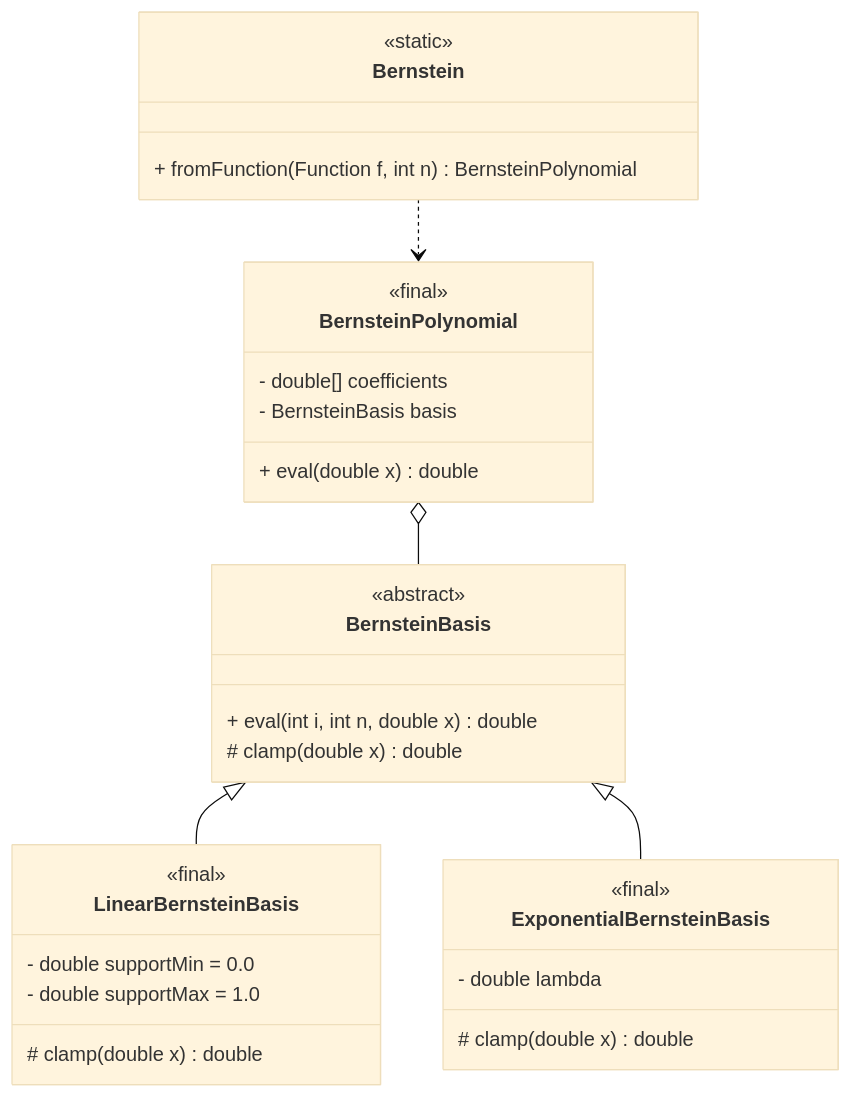
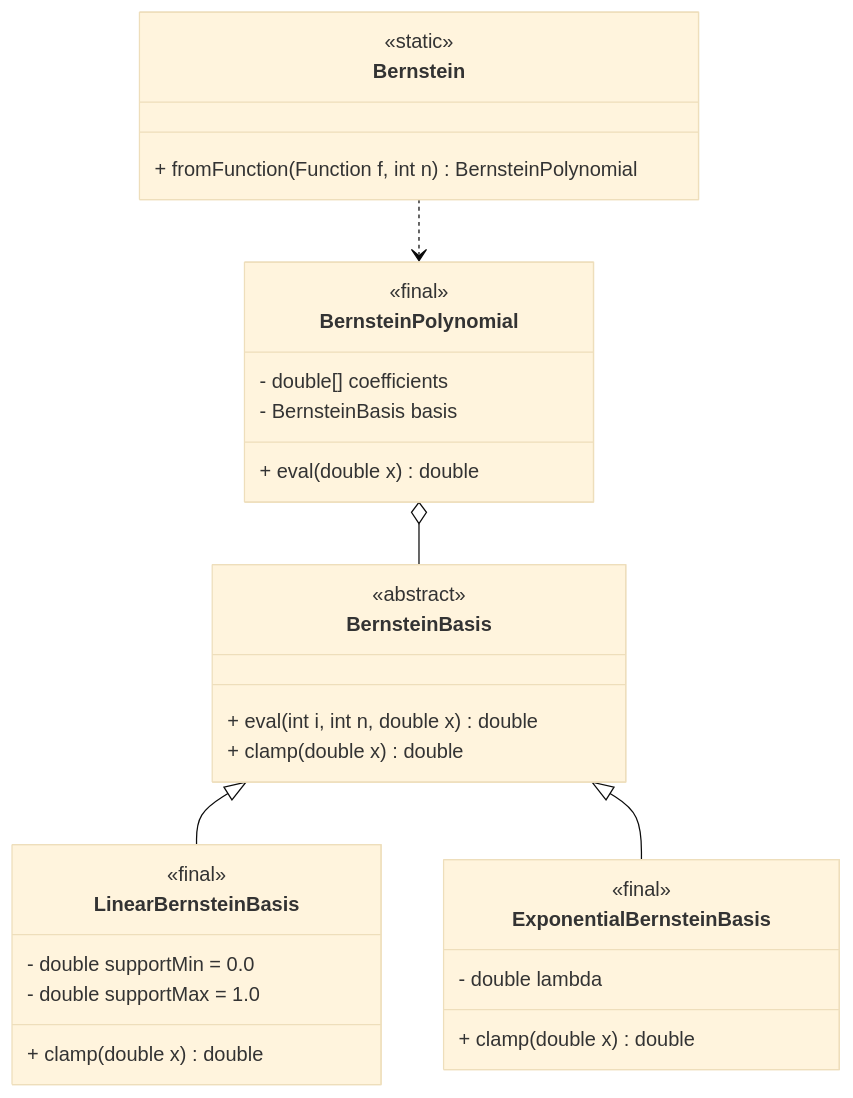
Before and after one commit to edoardosarri24/probabilistic-soft-real-time-analysis: the diagram in report/images/2-bernstein/class_diagram.mmd, drawn with Mermaid (base theme). The commit also changed 7 other files, not shown here.

```diff
--- a/report/images/2-bernstein/class_diagram.mmd
+++ b/report/images/2-bernstein/class_diagram.mmd
@@ -1,40 +1,40 @@
 
 classDiagram
 
     class Bernstein {
         <<static>>
         + fromFunction(Function f, int n) BernsteinPolynomial
     }
 
     %% Domain classes
     class BernsteinPolynomial {
         <<final>>
         - double[] coefficients
         - BernsteinBasis basis
         + eval(double x) double
     }
 
     class BernsteinBasis {
         <<abstract>>
         + eval(int i, int n, double x) double
-        # clamp(double x) double
+        + clamp(double x) double
     }
 
     class LinearBernsteinBasis {
         <<final>>
         - double supportMin = 0.0
         - double supportMax = 1.0
-        # clamp(double x) double
+        + clamp(double x) double
     }
 
     class ExponentialBernsteinBasis {
         <<final>>
         - double lambda
-        # clamp(double x) double
+        + clamp(double x) double
     }
 
     %% Relations
     BernsteinPolynomial o-- BernsteinBasis
     BernsteinBasis <|-- LinearBernsteinBasis
     BernsteinBasis <|-- ExponentialBernsteinBasis
     Bernstein ..> BernsteinPolynomial
```
